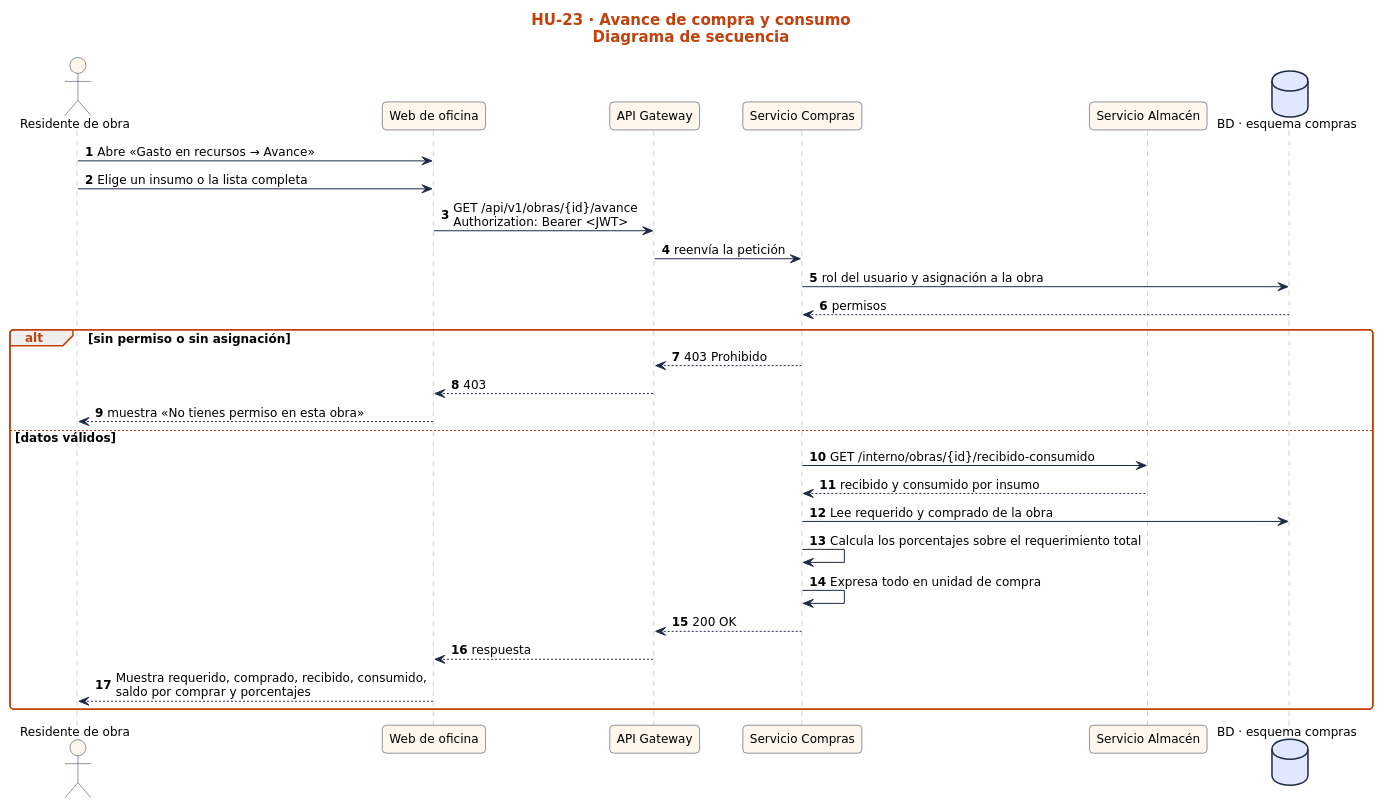
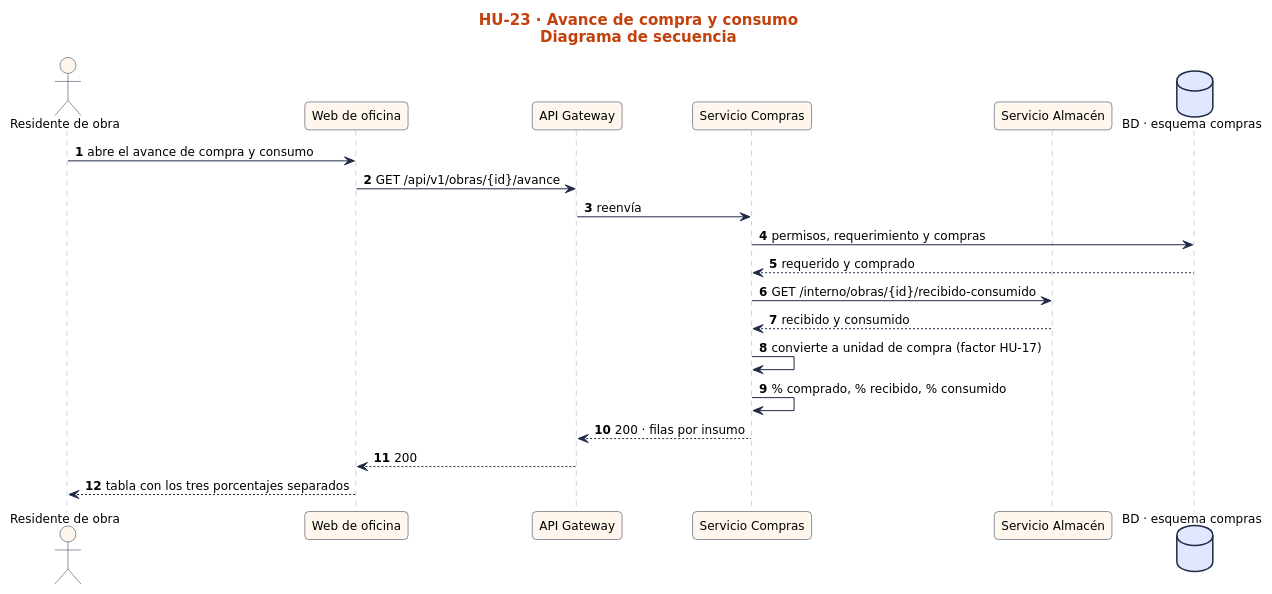
The diagram in docs/sprint-2/diagramas-hu/hu-23-avance-de-compra-y-consumo/secuencia.puml (nandoestebanif/sevens-sigro), drawn with PlantUML before and after one commit. The commit also changed 56 other files, not shown here.

First line of the commit message:
docs(sprint-2): diagramas a medida de 12 HU, estados E06/E07/E12 y guía de Adiel

```diff
--- a/docs/sprint-2/diagramas-hu/hu-23-avance-de-compra-y-consumo/secuencia.puml
+++ b/docs/sprint-2/diagramas-hu/hu-23-avance-de-compra-y-consumo/secuencia.puml
@@ -1,62 +1,55 @@
 @startuml
 skinparam defaultFontName "DejaVu Sans"
 skinparam defaultFontSize 12
 skinparam shadowing false
 skinparam roundCorner 8
 skinparam ArrowColor #1F2A44
 skinparam ActivityBorderColor #1F2A44
 skinparam ActivityBackgroundColor #FFF7ED
 skinparam ActivityDiamondBackgroundColor #FEF3C7
 skinparam ActivityDiamondBorderColor #92400E
 skinparam SwimlaneTitleFontStyle bold
 skinparam SwimlaneTitleFontColor #1F2A44
 skinparam SwimlaneBorderColor #9CA3AF
 skinparam PartitionBorderColor #9CA3AF
 skinparam ParticipantBorderColor #1F2A44
 skinparam ParticipantBackgroundColor #FFF7ED
 skinparam ActorBorderColor #1F2A44
 skinparam ActorBackgroundColor #FFF7ED
 skinparam DatabaseBorderColor #1F2A44
 skinparam DatabaseBackgroundColor #E0E7FF
 skinparam SequenceLifeLineBorderColor #9CA3AF
 skinparam SequenceGroupBorderColor #C2410C
 skinparam SequenceGroupHeaderFontColor #C2410C
 skinparam StateBorderColor #1F2A44
 skinparam StateBackgroundColor #FFF7ED
 skinparam StateStartColor #1F2A44
 skinparam StateEndColor #1F2A44
 skinparam NoteBackgroundColor #F3F4F6
 skinparam NoteBorderColor #9CA3AF
 skinparam TitleFontSize 15
 skinparam TitleFontColor #C2410C
 skinparam ClassBorderColor #1F2A44
 skinparam ClassBackgroundColor #FFF7ED
+
 title HU-23 · Avance de compra y consumo\nDiagrama de secuencia
 autonumber
 actor "Residente de obra" as U
 participant "Web de oficina" as UI
 participant "API Gateway" as GW
-participant "Servicio Compras" as S
-participant "Servicio Almacén" as X0
+participant "Servicio Compras" as SC
+participant "Servicio Almacén" as SA
 database "BD · esquema compras" as BD
-U -> UI : Abre «Gasto en recursos → Avance»
-U -> UI : Elige un insumo o la lista completa
-UI -> GW : GET /api/v1/obras/{id}/avance\nAuthorization: Bearer <JWT>
-GW -> S : reenvía la petición
-S -> BD : rol del usuario y asignación a la obra
-BD --> S : permisos
-alt sin permiso o sin asignación
-  S --> GW : 403 Prohibido
-  GW --> UI : 403
-  UI --> U : muestra «No tienes permiso en esta obra»
-else datos válidos
-  S -> X0 : GET /interno/obras/{id}/recibido-consumido
-  X0 --> S : recibido y consumido por insumo
-  S -> BD : Lee requerido y comprado de la obra
-  S -> S : Calcula los porcentajes sobre el requerimiento total
-  S -> S : Expresa todo en unidad de compra
-  S --> GW : 200 OK
-  GW --> UI : respuesta
-  UI --> U : Muestra requerido, comprado, recibido, consumido,\nsaldo por comprar y porcentajes
-end
+U -> UI : abre el avance de compra y consumo
+UI -> GW : GET /api/v1/obras/{id}/avance
+GW -> SC : reenvía
+SC -> BD : permisos, requerimiento y compras
+BD --> SC : requerido y comprado
+SC -> SA : GET /interno/obras/{id}/recibido-consumido
+SA --> SC : recibido y consumido
+SC -> SC : convierte a unidad de compra (factor HU-17)
+SC -> SC : % comprado, % recibido, % consumido
+SC --> GW : 200 · filas por insumo
+GW --> UI : 200
+UI --> U : tabla con los tres porcentajes separados
 @enduml
```
